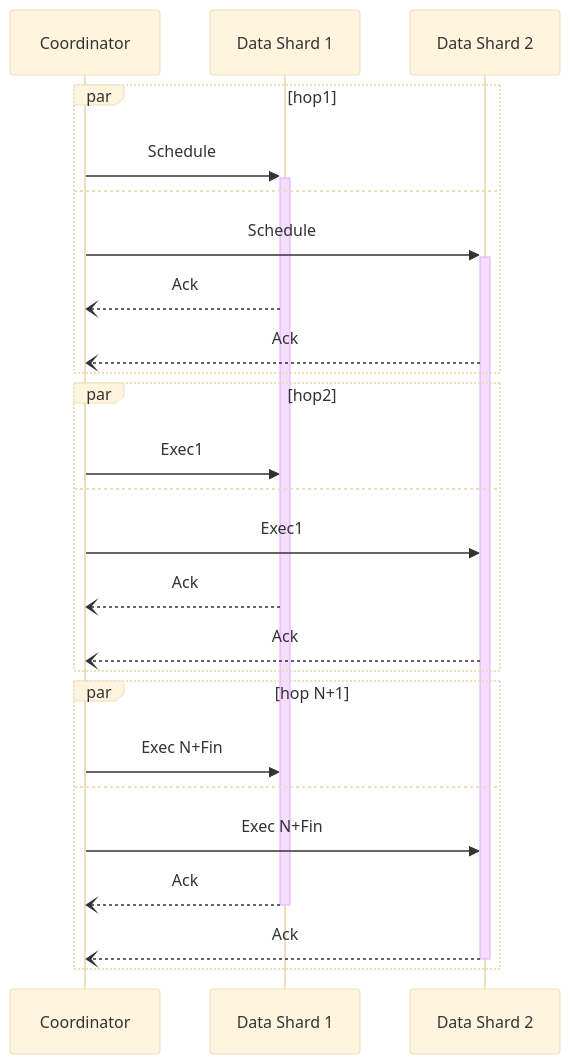
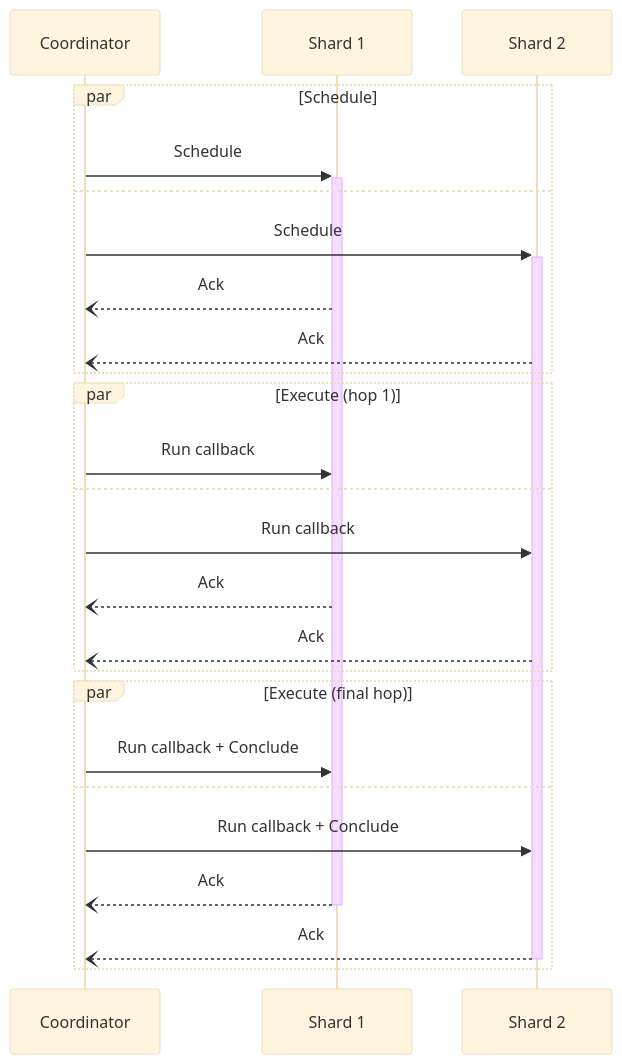
The first of 2 diagrams in docs/transaction.md (dragonflydb/dragonfly), drawn with Mermaid before and after one commit. The commit also changed other lines of this file, not shown here.

````diff
--- a/docs/transaction.md
+++ b/docs/transaction.md
@@ -31,30 +34,31 @@
 ```mermaid
 %%{init: {'theme':'base'}}%%
 sequenceDiagram
     participant C as Coordinator
-    participant S1 as Data Shard 1
-    participant S2 as Data Shard 2
+    participant S1 as Shard 1
+    participant S2 as Shard 2
 
-    par hop1
+    par Schedule
     C->>+S1: Schedule
     and
     C->>+S2: Schedule
     S1--)C: Ack
     S2--)C: Ack
     end
 
-    par hop2
-    C->>S1: Exec1
+    par Execute (hop 1)
+    C->>S1: Run callback
     and
-    C->>S2: Exec1
+    C->>S2: Run callback
     S1--)C: Ack
     S2--)C: Ack
     end
-    par hop N+1
-    C->>S1: Exec N+Fin
+
+    par Execute (final hop)
+    C->>S1: Run callback + Conclude
     and
-    C->>S2: Exec N+Fin
+    C->>S2: Run callback + Conclude
     S1--)-C: Ack
     S2--)-C: Ack
     end
 ```
````
